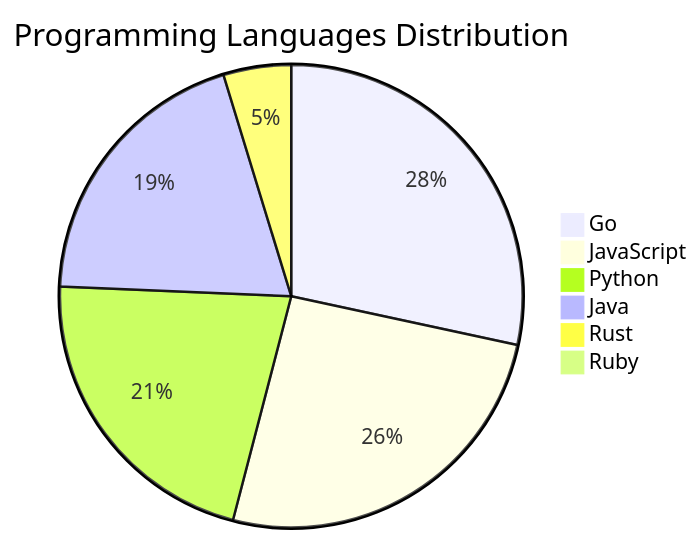
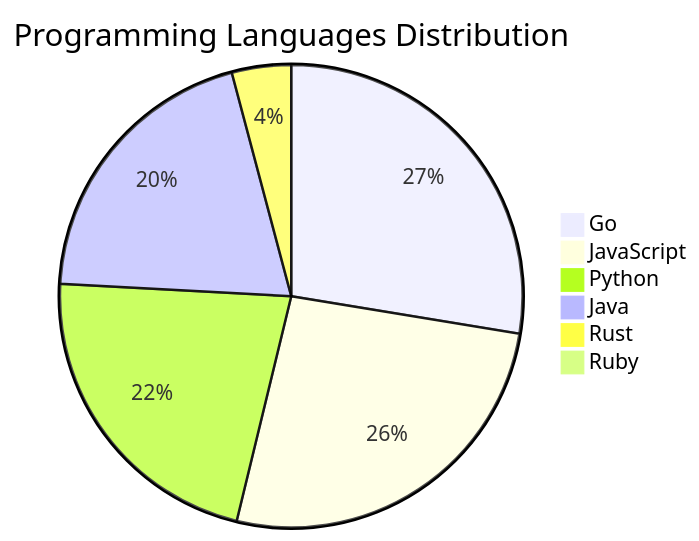
The diagram in README.md (Derrick-MUGISHA/github-activity-bot), drawn with Mermaid before and after one commit. The commit also changed other lines of this file and 4 other files, not shown here.

````diff
--- a/README.md
+++ b/README.md
@@ -206,9 +205,9 @@
 ```mermaid
 pie title Programming Languages Distribution
-    "Go" : 42
+    "Go" : 40
     "JavaScript" : 38
     "Python" : 32
     "Java" : 29
-    "Rust" : 7
+    "Rust" : 6
     "Ruby" : 1
 ```
````
